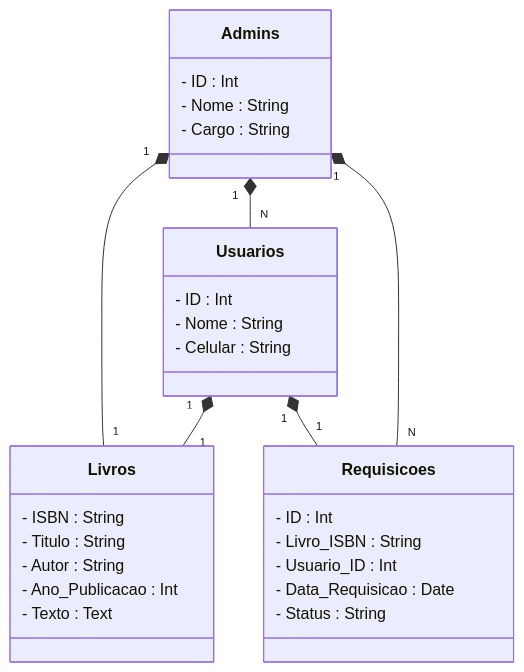
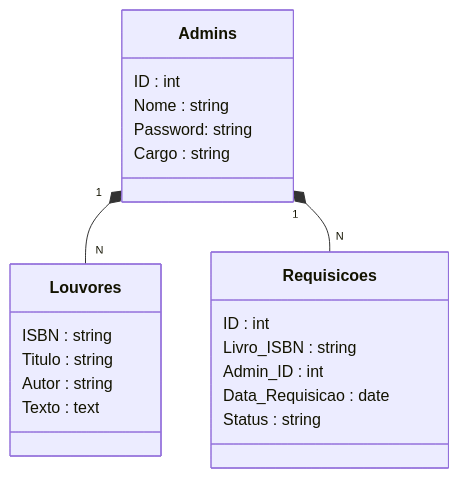
Before and after one commit to Douglas-Augusto-Felipe/API-BackEnd-Igreja: the diagram in README.md, drawn with Mermaid.

````diff
--- a/README.md
+++ b/README.md
@@ -5,37 +5,27 @@
 ```mermaid 
 classDiagram  
-    class Livros {
-        - ISBN : String
-        - Titulo : String
-        - Autor : String
-        - Ano_Publicacao : Int
-        - Texto : Text
+    class Louvores {
+        ISBN : string
+        Titulo : string
+        Autor : string
+        Texto : text
+    }
+    class Admins{
+        ID : int
+        Nome : string
+        Password: string
+        Cargo : string
+    }
+ 
+    class Requisicoes {
+        ID : int
+        Livro_ISBN : string
+        Admin_ID : int
+        Data_Requisicao : date
+        Status : string
     }
     
-    class Usuarios {
-        - ID : Int
-        - Nome : String
-        - Celular : String
-    }
-    
-    class Admins {
-        - ID : Int
-        - Nome : String
-        - Cargo : String
-    }
-    
-    class Requisicoes {
-        - ID : Int
-        - Livro_ISBN : String
-        - Usuario_ID : Int
-        - Data_Requisicao : Date
-        - Status : String
-    }
-    
-    Admins "1" *-- "1" Livros
-    Admins "1" *-- "N" Usuarios
+    Admins "1" *-- "N" Louvores
     Admins "1" *-- "N" Requisicoes
-    Usuarios "1" *-- "1" Livros
-    Usuarios "1" *-- "1" Requisicoes
 
 ```
````
